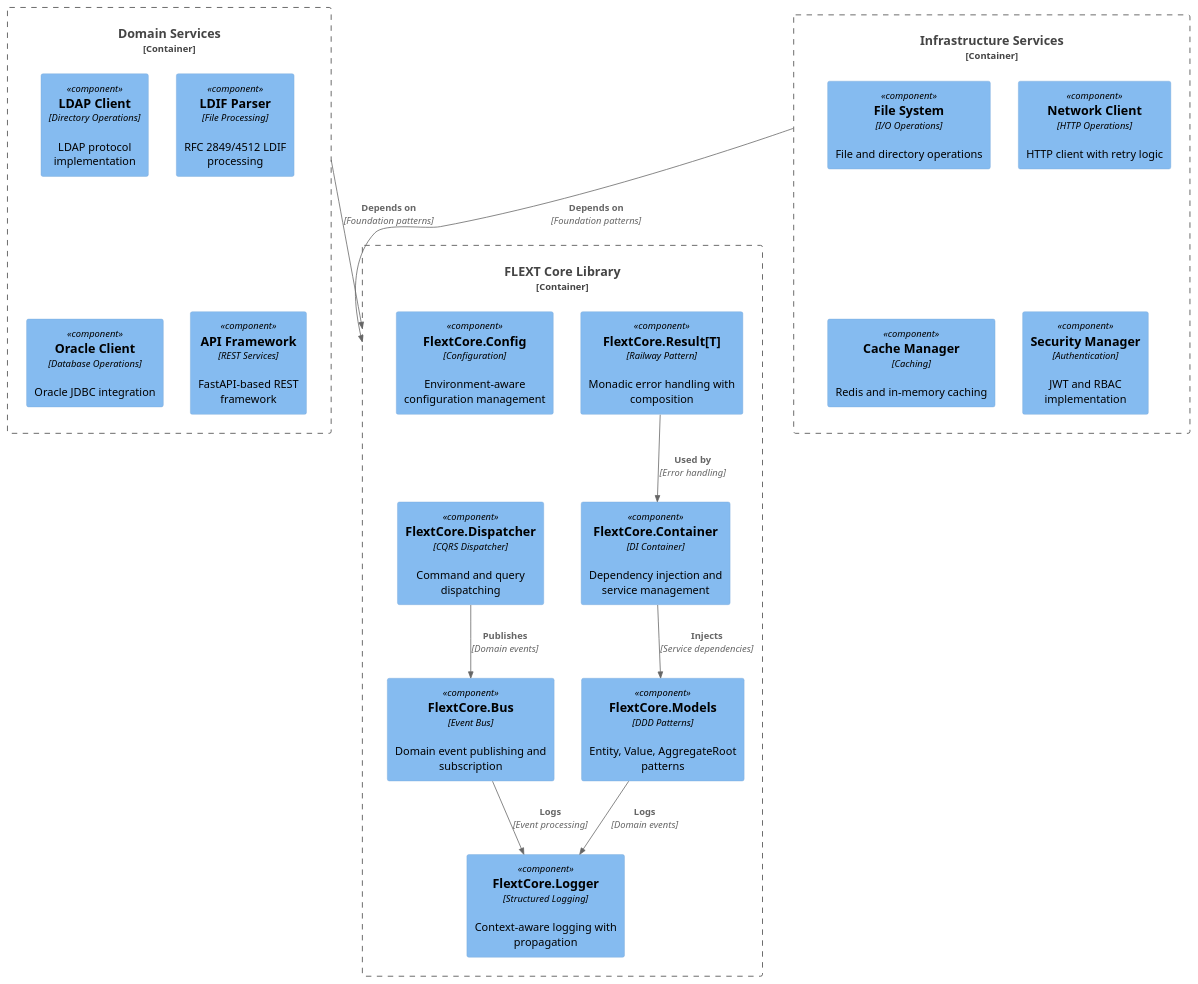
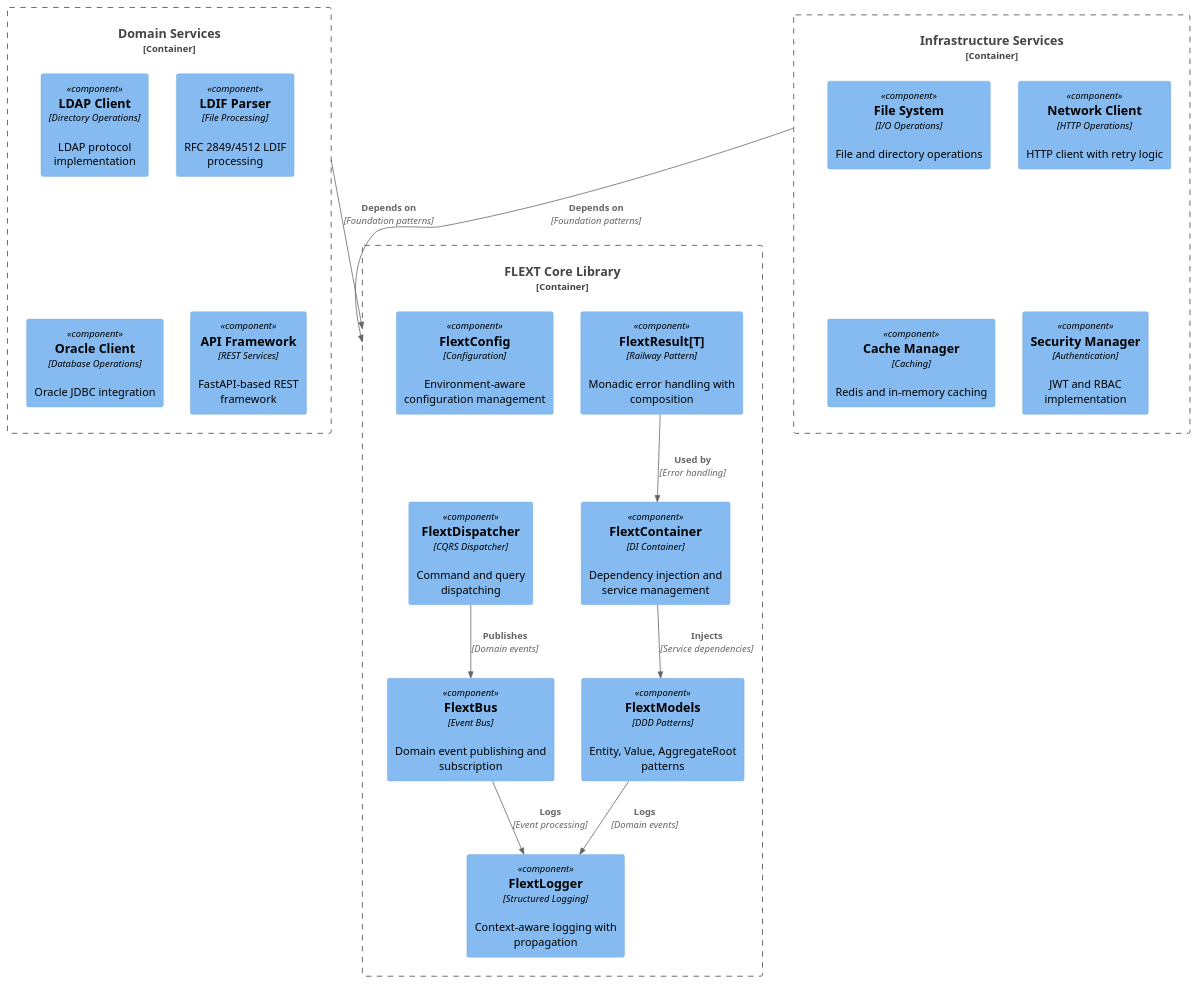
One commit to flext-sh/flext changed the diagram in scripts/docs/architecture/c4-model/component-diagrams.md. Above: the diagram before and after it, drawn with PlantUML. The commit also changed other lines of this file and 372 other files, not shown here.

````diff
--- a/scripts/docs/architecture/c4-model/component-diagrams.md
+++ b/scripts/docs/architecture/c4-model/component-diagrams.md
@@ -7,44 +7,44 @@
 ```plantuml
 @startuml FLEXT Core Components
 !include <C4/C4_Component>
 
 Container_Boundary(core, "FLEXT Core Library") {
 
-    Component(result, "FlextCore.Result[T]", "Railway Pattern", "Monadic error handling with composition")
-    Component(container, "FlextCore.Container", "DI Container", "Dependency injection and service management")
-    Component(models, "FlextCore.Models", "DDD Patterns", "Entity, Value, AggregateRoot patterns")
-    Component(logger, "FlextCore.Logger", "Structured Logging", "Context-aware logging with propagation")
+    Component(result, "FlextResult[T]", "Railway Pattern", "Monadic error handling with composition")
+    Component(container, "FlextContainer", "DI Container", "Dependency injection and service management")
+    Component(models, "FlextModels", "DDD Patterns", "Entity, Value, AggregateRoot patterns")
+    Component(logger, "FlextLogger", "Structured Logging", "Context-aware logging with propagation")
 
-    Component(dispatcher, "FlextCore.Dispatcher", "CQRS Dispatcher", "Command and query dispatching")
-    Component(bus, "FlextCore.Bus", "Event Bus", "Domain event publishing and subscription")
-    Component(config, "FlextCore.Config", "Configuration", "Environment-aware configuration management")
+    Component(dispatcher, "FlextDispatcher", "CQRS Dispatcher", "Command and query dispatching")
+    Component(bus, "FlextBus", "Event Bus", "Domain event publishing and subscription")
+    Component(config, "FlextConfig", "Configuration", "Environment-aware configuration management")
 }
 
 Container_Boundary(domain, "Domain Services") {
 
     Component(ldap_client, "LDAP Client", "Directory Operations", "LDAP protocol implementation")
     Component(ldif_parser, "LDIF Parser", "File Processing", "RFC 2849/4512 LDIF processing")
     Component(oracle_client, "Oracle Client", "Database Operations", "Oracle JDBC integration")
     Component(api_framework, "API Framework", "REST Services", "FastAPI-based REST framework")
 }
 
 Container_Boundary(infrastructure, "Infrastructure Services") {
 
     Component(file_system, "File System", "I/O Operations", "File and directory operations")
     Component(network, "Network Client", "HTTP Operations", "HTTP client with retry logic")
     Component(cache, "Cache Manager", "Caching", "Redis and in-memory caching")
     Component(security, "Security Manager", "Authentication", "JWT and RBAC implementation")
 }
 
 Rel(result, container, "Used by", "Error handling")
 Rel(container, models, "Injects", "Service dependencies")
 Rel(models, logger, "Logs", "Domain events")
 
 Rel(dispatcher, bus, "Publishes", "Domain events")
 Rel(bus, logger, "Logs", "Event processing")
 
 Rel(domain, core, "Depends on", "Foundation patterns")
 Rel(infrastructure, core, "Depends on", "Foundation patterns")
 
 @enduml
 ```
````
